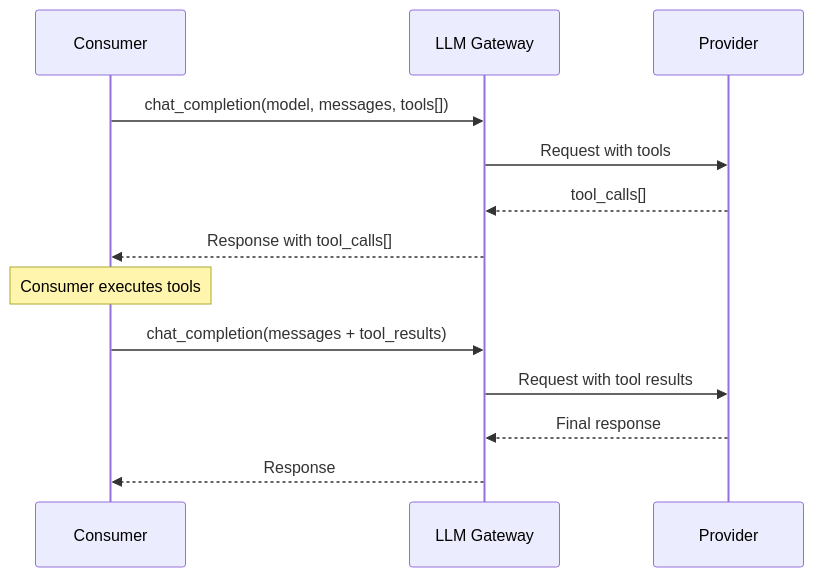
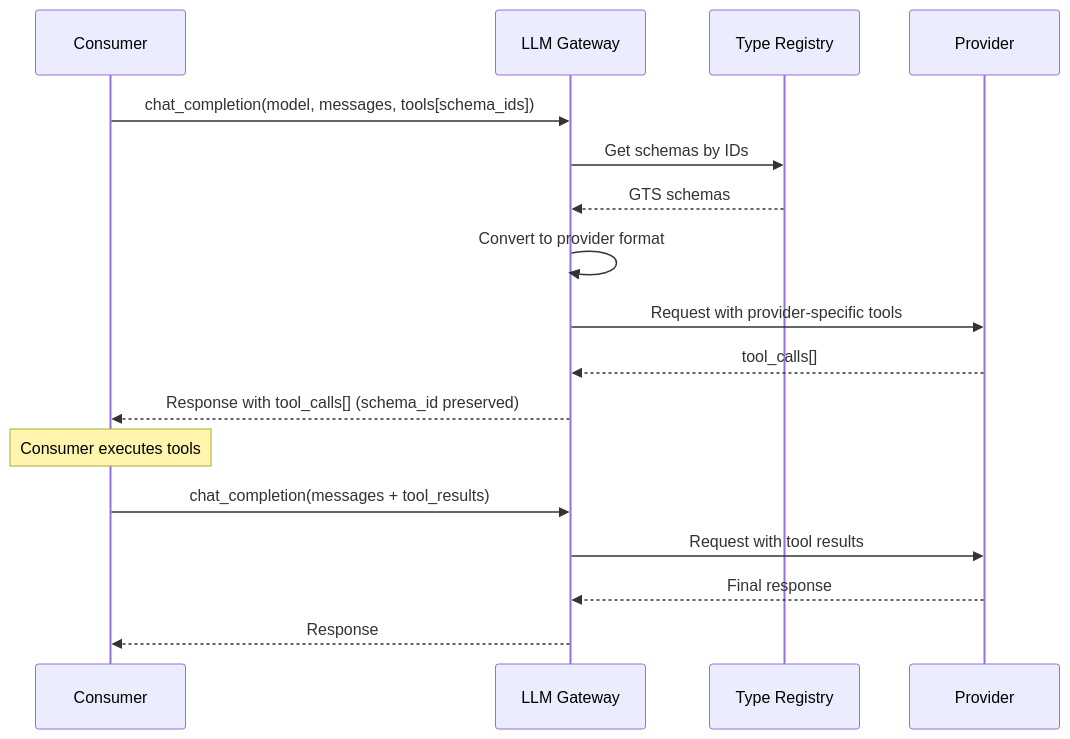
The tenth of 22 diagrams in modules/llm_gateway/docs/SCENARIOS.md (hypernetix/hyperspot), drawn with Mermaid before and after one commit. The commit also changed other lines of this file and 1 other file, not shown here.

Commit message:
Fix code blocks annotations. Describe tool calling

````diff
--- a/modules/llm_gateway/docs/SCENARIOS.md
+++ b/modules/llm_gateway/docs/SCENARIOS.md
@@ -413,16 +426,20 @@
 ```mermaid
 sequenceDiagram
     participant C as Consumer
     participant GW as LLM Gateway
+    participant TR as Type Registry
     participant P as Provider
 
-    C->>GW: chat_completion(model, messages, tools[])
-    GW->>P: Request with tools
+    C->>GW: chat_completion(model, messages, tools[schema_ids])
+    GW->>TR: Get schemas by IDs
+    TR-->>GW: GTS schemas
+    GW->>GW: Convert to provider format
+    GW->>P: Request with provider-specific tools
     P-->>GW: tool_calls[]
-    GW-->>C: Response with tool_calls[]
+    GW-->>C: Response with tool_calls[] (schema_id preserved)
     Note over C: Consumer executes tools
     C->>GW: chat_completion(messages + tool_results)
     GW->>P: Request with tool results
     P-->>GW: Final response
     GW-->>C: Response
 ```
````
